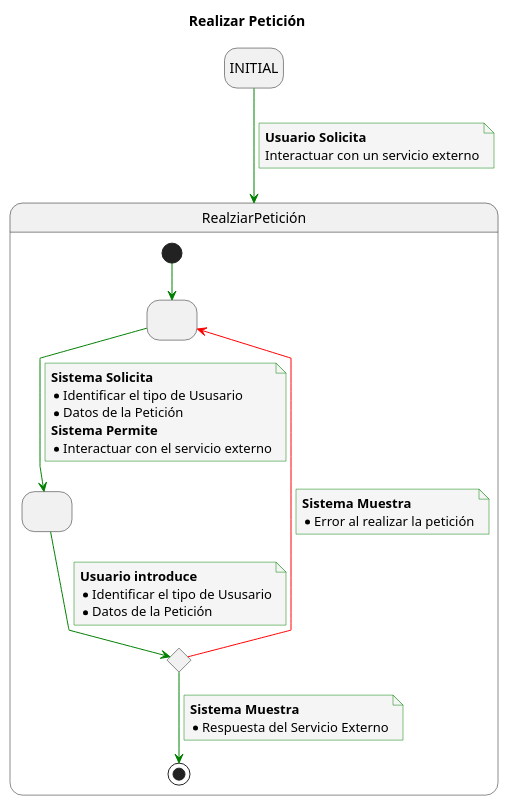
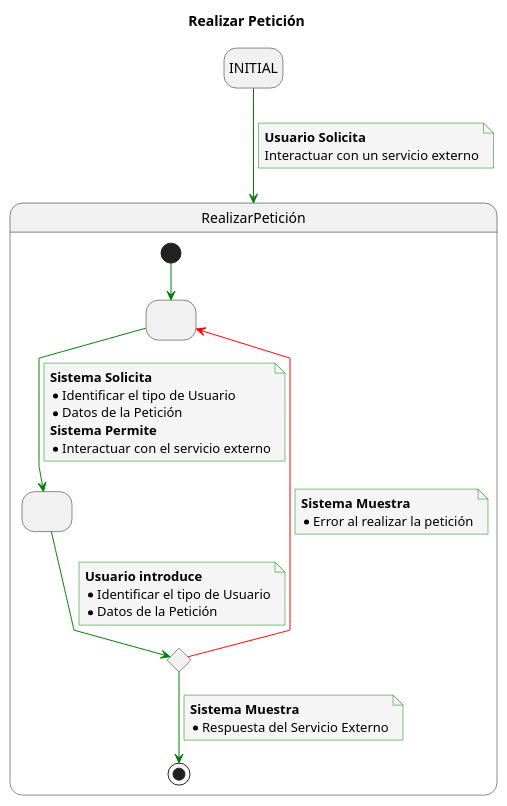
One commit to mmasias/23-24-IdSw1-SDR changed the diagram in Caso_de_Uso/Casos_de_Uso/Servicios_Externos/Realizar_Peticion/Caso_de_Uso.puml. Above: the diagram before and after it, drawn with PlantUML.

```diff
--- a/Caso_de_Uso/Casos_de_Uso/Servicios_Externos/Realizar_Peticion/Caso_de_Uso.puml
+++ b/Caso_de_Uso/Casos_de_Uso/Servicios_Externos/Realizar_Peticion/Caso_de_Uso.puml
@@ -1,58 +1,58 @@
 @startuml
 skinparam {
     NoteBackgroundColor #whiteSmoke
     ArrowColor #green
     NoteBorderColor #green
     linetype polyline
 }
 
 hide empty description
 
 title Realizar Petición
 
 state startState as "INITIAL"
 
-startState --> RealziarPetición
+startState --> RealizarPetición
 note on link
     <b>Usuario Solicita</b>
     Interactuar con un servicio externo
 end note
 
-state RealziarPetición {
+state RealizarPetición {
 state 2 as " "
 state 3 as " "
 state 4 <<choice>>
 
 [*] -down-> 2
 
 2 -down-> 3
 note on link
 <b>Sistema Solicita</b>
-* Identificar el tipo de Ususario
+* Identificar el tipo de Usuario
 * Datos de la Petición
 <b>Sistema Permite</b>
 * Interactuar con el servicio externo
 end note
 
 3 -down-> 4
 note on link
 <b>Usuario introduce</b>
-* Identificar el tipo de Ususario
+* Identificar el tipo de Usuario
 * Datos de la Petición
 end note
 
 4 -down-> [*]
 note on link
 <b>Sistema Muestra</b>
 * Respuesta del Servicio Externo
 end note
 
 4 -[#red]-> 2
 note on link
 <b>Sistema Muestra</b>
 * Error al realizar la petición
 end note
 
 }
 
 @enduml
```
